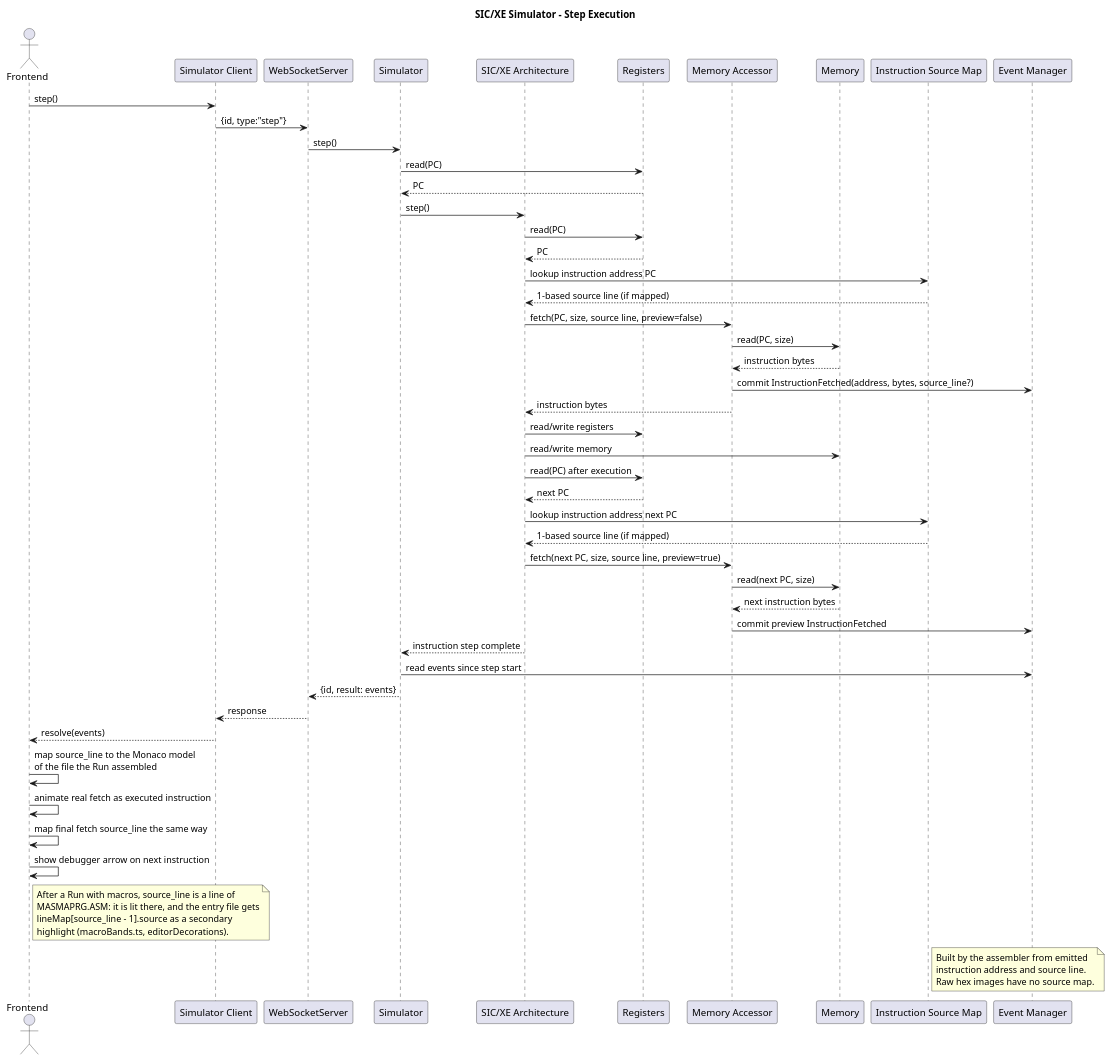
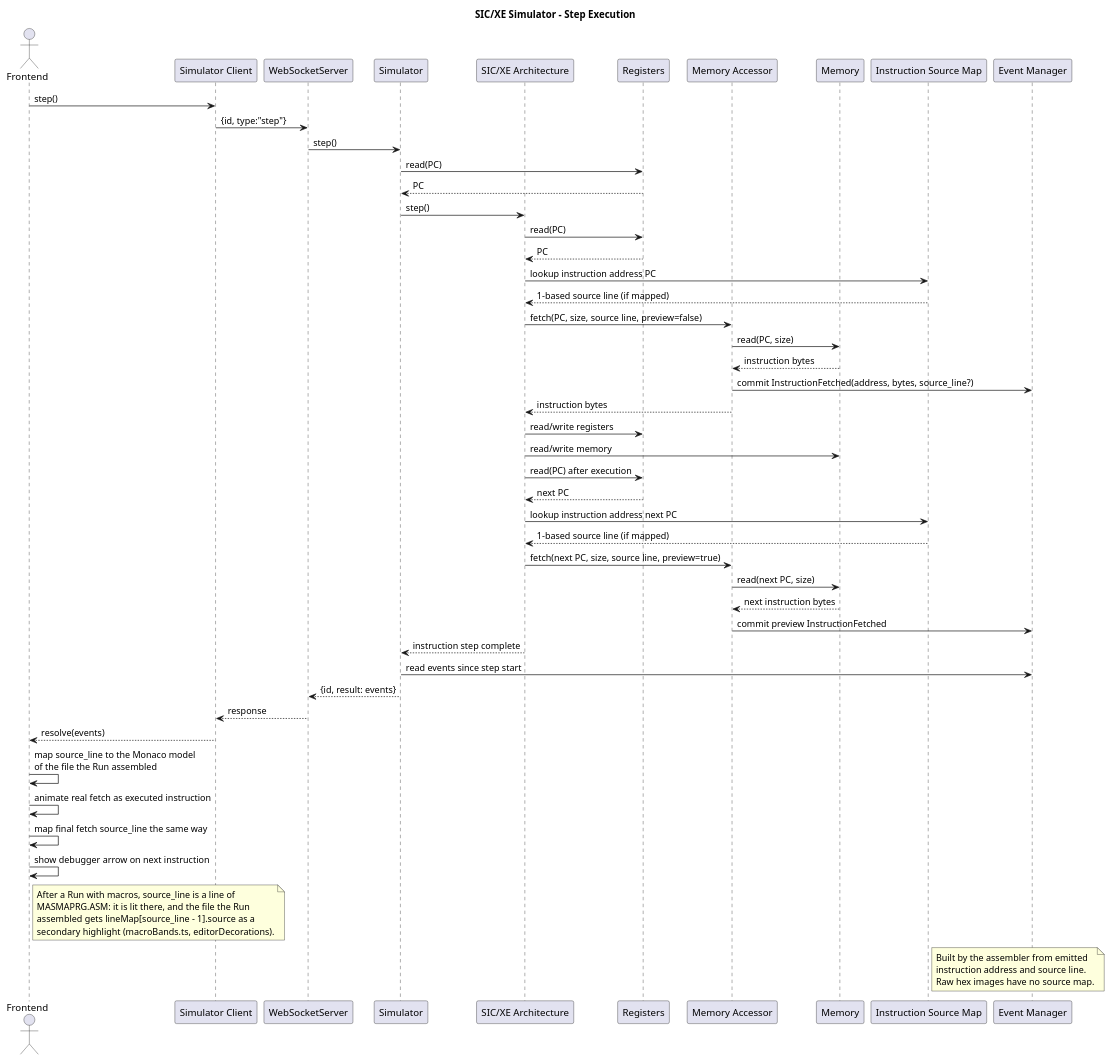
Before and after one commit to Eduardo-Machado-Behling/SIC-XE-Simulator: the diagram in backend/docs/uml/06_step_sequence.puml, drawn with PlantUML. The commit also changed 1 other file, not shown here.

Commit message:
[Docs]: New projects get macro.asm, and Run assembles the open file

```diff
--- a/backend/docs/uml/06_step_sequence.puml
+++ b/backend/docs/uml/06_step_sequence.puml
@@ -1,68 +1,68 @@
 @startuml
 title SIC/XE Simulator - Step Execution
 actor Frontend
 participant "Simulator Client" as Client
 participant "WebSocketServer" as WS
 participant Simulator
 participant "SIC/XE Architecture" as Architecture
 participant Registers
 participant "Memory Accessor" as MemoryAccessor
 participant Memory
 participant "Instruction Source Map" as SourceMap
 participant "Event Manager" as Events
 
 Frontend -> Client : step()
 Client -> WS : {id, type:"step"}
 WS -> Simulator : step()
 
 Simulator -> Registers : read(PC)
 Registers --> Simulator : PC
 
 Simulator -> Architecture : step()
 Architecture -> Registers : read(PC)
 Registers --> Architecture : PC
 Architecture -> SourceMap : lookup instruction address PC
 SourceMap --> Architecture : 1-based source line (if mapped)
 Architecture -> MemoryAccessor : fetch(PC, size, source line, preview=false)
 MemoryAccessor -> Memory : read(PC, size)
 Memory --> MemoryAccessor : instruction bytes
 MemoryAccessor -> Events : commit InstructionFetched(address, bytes, source_line?)
 MemoryAccessor --> Architecture : instruction bytes
 
 Architecture -> Registers : read/write registers
 Architecture -> Memory : read/write memory
 
 Architecture -> Registers : read(PC) after execution
 Registers --> Architecture : next PC
 Architecture -> SourceMap : lookup instruction address next PC
 SourceMap --> Architecture : 1-based source line (if mapped)
 Architecture -> MemoryAccessor : fetch(next PC, size, source line, preview=true)
 MemoryAccessor -> Memory : read(next PC, size)
 Memory --> MemoryAccessor : next instruction bytes
 MemoryAccessor -> Events : commit preview InstructionFetched
 
 Architecture --> Simulator : instruction step complete
 Simulator -> Events : read events since step start
 
 Simulator --> WS : {id, result: events}
 WS --> Client : response
 Client --> Frontend : resolve(events)
 Frontend -> Frontend : map source_line to the Monaco model\nof the file the Run assembled
 Frontend -> Frontend : animate real fetch as executed instruction
 Frontend -> Frontend : map final fetch source_line the same way
 Frontend -> Frontend : show debugger arrow on next instruction
 
 note right of Frontend
 After a Run with macros, source_line is a line of
-MASMAPRG.ASM: it is lit there, and the entry file gets
-lineMap[source_line - 1].source as a secondary
-highlight (macroBands.ts, editorDecorations).
+MASMAPRG.ASM: it is lit there, and the file the Run
+assembled gets lineMap[source_line - 1].source as a
+secondary highlight (macroBands.ts, editorDecorations).
 end note
 
 note right of SourceMap
 Built by the assembler from emitted
 instruction address and source line.
 Raw hex images have no source map.
 end note
 
 @enduml
```
